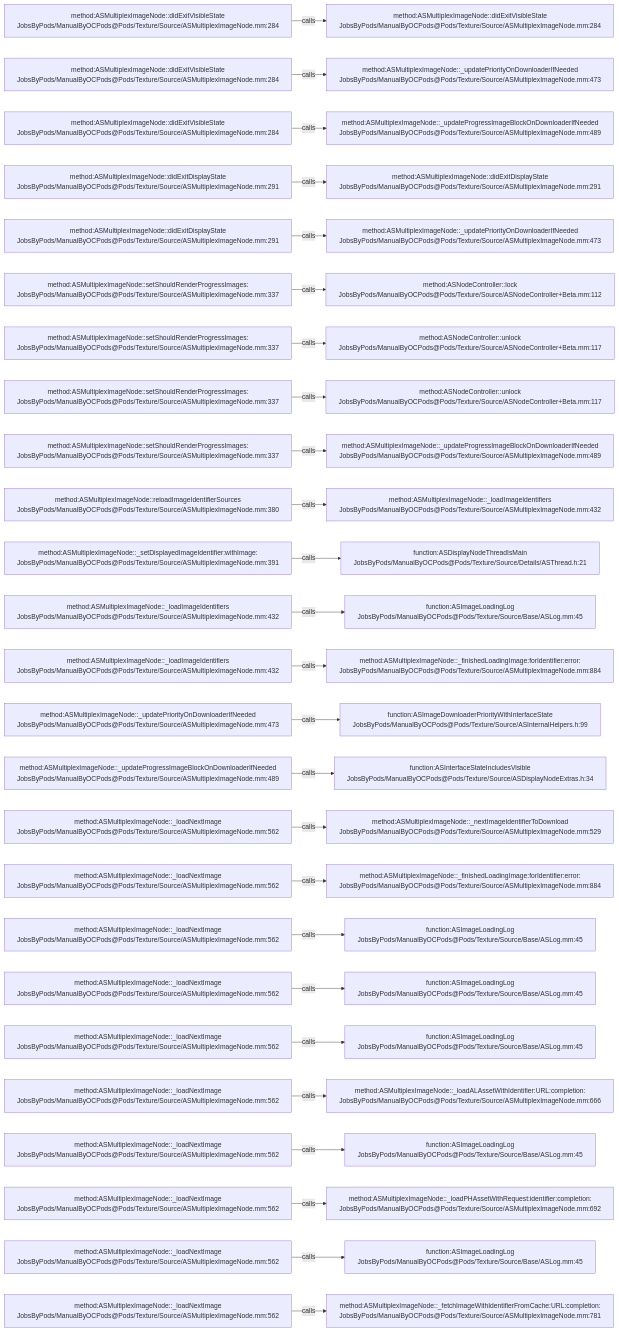
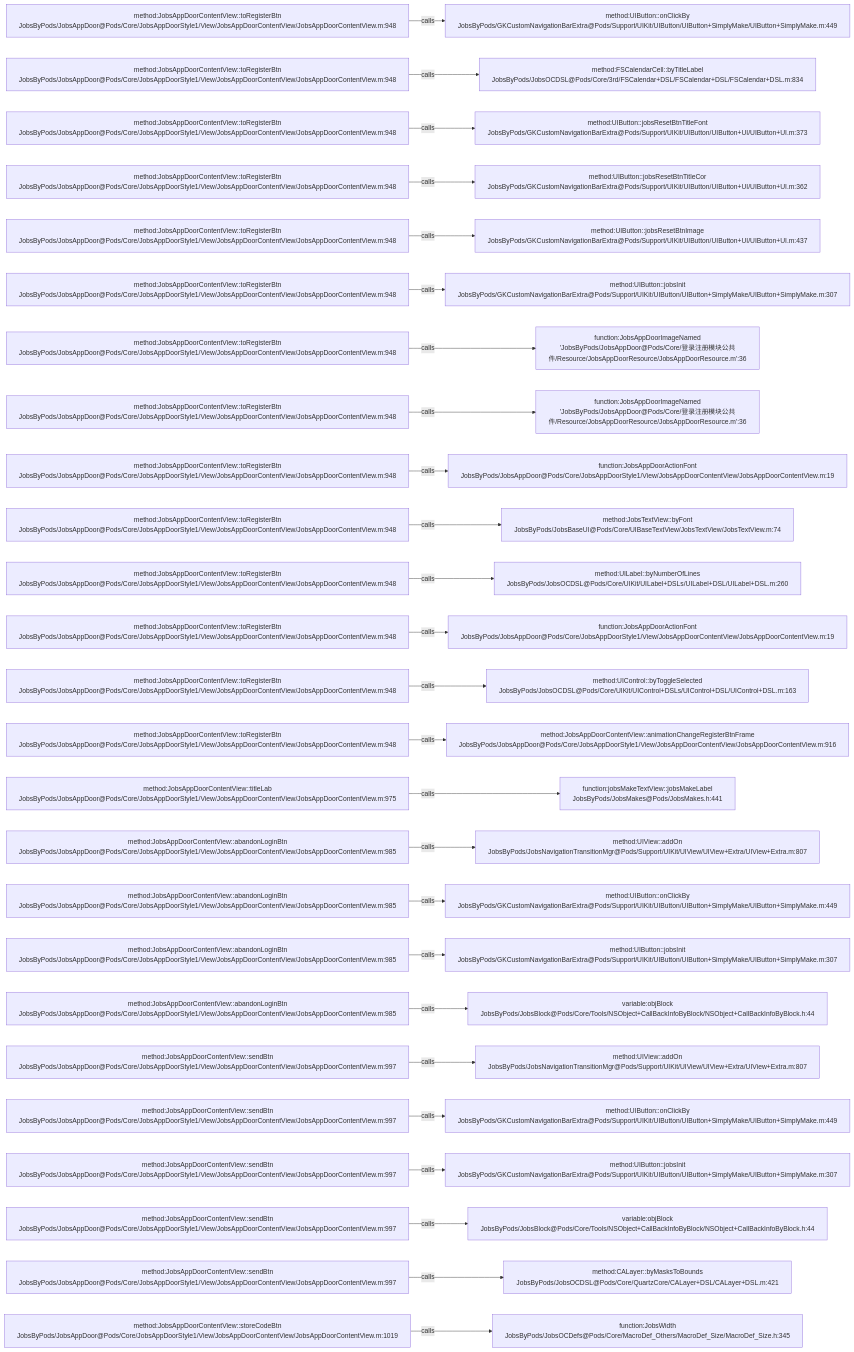
One commit to JobsKits/JobsOCBaseConfigDemo changed the diagram in .codegraph/codegraph.md/graphs/calls-100.md. Above: the diagram before and after it, drawn with Mermaid. The commit also changed 768 other files, not shown here.

````diff
--- a/.codegraph/codegraph.md/graphs/calls-100.md
+++ b/.codegraph/codegraph.md/graphs/calls-100.md
@@ -13,78 +13,78 @@
 ```mermaid
 flowchart LR
-  S1["method:ASMultiplexImageNode::didExitVisibleState<br/>JobsByPods/ManualByOCPods@Pods/Texture/Source/ASMultiplexImageNode.mm:284"]
-  T1["method:ASMultiplexImageNode::didExitVisibleState<br/>JobsByPods/ManualByOCPods@Pods/Texture/Source/ASMultiplexImageNode.mm:284"]
+  S1["method:JobsAppDoorContentView::toRegisterBtn<br/>JobsByPods/JobsAppDoor@Pods/Core/JobsAppDoorStyle1/View/JobsAppDoorContentView/JobsAppDoorContentView.m:948"]
+  T1["method:UIButton::onClickBy<br/>JobsByPods/GKCustomNavigationBarExtra@Pods/Support/UIKit/UIButton/UIButton+SimplyMake/UIButton+SimplyMake.m:449"]
   S1 -->|calls| T1
-  S2["method:ASMultiplexImageNode::didExitVisibleState<br/>JobsByPods/ManualByOCPods@Pods/Texture/Source/ASMultiplexImageNode.mm:284"]
-  T2["method:ASMultiplexImageNode::_updatePriorityOnDownloaderIfNeeded<br/>JobsByPods/ManualByOCPods@Pods/Texture/Source/ASMultiplexImageNode.mm:473"]
+  S2["method:JobsAppDoorContentView::toRegisterBtn<br/>JobsByPods/JobsAppDoor@Pods/Core/JobsAppDoorStyle1/View/JobsAppDoorContentView/JobsAppDoorContentView.m:948"]
+  T2["method:FSCalendarCell::byTitleLabel<br/>JobsByPods/JobsOCDSL@Pods/Core/3rd/FSCalendar+DSL/FSCalendar+DSL/FSCalendar+DSL.m:834"]
   S2 -->|calls| T2
-  S3["method:ASMultiplexImageNode::didExitVisibleState<br/>JobsByPods/ManualByOCPods@Pods/Texture/Source/ASMultiplexImageNode.mm:284"]
-  T3["method:ASMultiplexImageNode::_updateProgressImageBlockOnDownloaderIfNeeded<br/>JobsByPods/ManualByOCPods@Pods/Texture/Source/ASMultiplexImageNode.mm:489"]
+  S3["method:JobsAppDoorContentView::toRegisterBtn<br/>JobsByPods/JobsAppDoor@Pods/Core/JobsAppDoorStyle1/View/JobsAppDoorContentView/JobsAppDoorContentView.m:948"]
+  T3["method:UIButton::jobsResetBtnTitleFont<br/>JobsByPods/GKCustomNavigationBarExtra@Pods/Support/UIKit/UIButton/UIButton+UI/UIButton+UI.m:373"]
   S3 -->|calls| T3
-  S4["method:ASMultiplexImageNode::didExitDisplayState<br/>JobsByPods/ManualByOCPods@Pods/Texture/Source/ASMultiplexImageNode.mm:291"]
-  T4["method:ASMultiplexImageNode::didExitDisplayState<br/>JobsByPods/ManualByOCPods@Pods/Texture/Source/ASMultiplexImageNode.mm:291"]
+  S4["method:JobsAppDoorContentView::toRegisterBtn<br/>JobsByPods/JobsAppDoor@Pods/Core/JobsAppDoorStyle1/View/JobsAppDoorContentView/JobsAppDoorContentView.m:948"]
+  T4["method:UIButton::jobsResetBtnTitleCor<br/>JobsByPods/GKCustomNavigationBarExtra@Pods/Support/UIKit/UIButton/UIButton+UI/UIButton+UI.m:362"]
   S4 -->|calls| T4
-  S5["method:ASMultiplexImageNode::didExitDisplayState<br/>JobsByPods/ManualByOCPods@Pods/Texture/Source/ASMultiplexImageNode.mm:291"]
-  T5["method:ASMultiplexImageNode::_updatePriorityOnDownloaderIfNeeded<br/>JobsByPods/ManualByOCPods@Pods/Texture/Source/ASMultiplexImageNode.mm:473"]
+  S5["method:JobsAppDoorContentView::toRegisterBtn<br/>JobsByPods/JobsAppDoor@Pods/Core/JobsAppDoorStyle1/View/JobsAppDoorContentView/JobsAppDoorContentView.m:948"]
+  T5["method:UIButton::jobsResetBtnImage<br/>JobsByPods/GKCustomNavigationBarExtra@Pods/Support/UIKit/UIButton/UIButton+UI/UIButton+UI.m:437"]
   S5 -->|calls| T5
-  S6["method:ASMultiplexImageNode::setShouldRenderProgressImages:<br/>JobsByPods/ManualByOCPods@Pods/Texture/Source/ASMultiplexImageNode.mm:337"]
-  T6["method:ASNodeController::lock<br/>JobsByPods/ManualByOCPods@Pods/Texture/Source/ASNodeController+Beta.mm:112"]
+  S6["method:JobsAppDoorContentView::toRegisterBtn<br/>JobsByPods/JobsAppDoor@Pods/Core/JobsAppDoorStyle1/View/JobsAppDoorContentView/JobsAppDoorContentView.m:948"]
+  T6["method:UIButton::jobsInit<br/>JobsByPods/GKCustomNavigationBarExtra@Pods/Support/UIKit/UIButton/UIButton+SimplyMake/UIButton+SimplyMake.m:307"]
   S6 -->|calls| T6
-  S7["method:ASMultiplexImageNode::setShouldRenderProgressImages:<br/>JobsByPods/ManualByOCPods@Pods/Texture/Source/ASMultiplexImageNode.mm:337"]
-  T7["method:ASNodeController::unlock<br/>JobsByPods/ManualByOCPods@Pods/Texture/Source/ASNodeController+Beta.mm:117"]
+  S7["method:JobsAppDoorContentView::toRegisterBtn<br/>JobsByPods/JobsAppDoor@Pods/Core/JobsAppDoorStyle1/View/JobsAppDoorContentView/JobsAppDoorContentView.m:948"]
+  T7["function:JobsAppDoorImageNamed<br/>'JobsByPods/JobsAppDoor@Pods/Core/登录注册模块公共件/Resource/JobsAppDoorResource/JobsAppDoorResource.m':36"]
   S7 -->|calls| T7
-  S8["method:ASMultiplexImageNode::setShouldRenderProgressImages:<br/>JobsByPods/ManualByOCPods@Pods/Texture/Source/ASMultiplexImageNode.mm:337"]
-  T8["method:ASNodeController::unlock<br/>JobsByPods/ManualByOCPods@Pods/Texture/Source/ASNodeController+Beta.mm:117"]
+  S8["method:JobsAppDoorContentView::toRegisterBtn<br/>JobsByPods/JobsAppDoor@Pods/Core/JobsAppDoorStyle1/View/JobsAppDoorContentView/JobsAppDoorContentView.m:948"]
+  T8["function:JobsAppDoorImageNamed<br/>'JobsByPods/JobsAppDoor@Pods/Core/登录注册模块公共件/Resource/JobsAppDoorResource/JobsAppDoorResource.m':36"]
   S8 -->|calls| T8
-  S9["method:ASMultiplexImageNode::setShouldRenderProgressImages:<br/>JobsByPods/ManualByOCPods@Pods/Texture/Source/ASMultiplexImageNode.mm:337"]
-  T9["method:ASMultiplexImageNode::_updateProgressImageBlockOnDownloaderIfNeeded<br/>JobsByPods/ManualByOCPods@Pods/Texture/Source/ASMultiplexImageNode.mm:489"]
+  S9["method:JobsAppDoorContentView::toRegisterBtn<br/>JobsByPods/JobsAppDoor@Pods/Core/JobsAppDoorStyle1/View/JobsAppDoorContentView/JobsAppDoorContentView.m:948"]
+  T9["function:JobsAppDoorActionFont<br/>JobsByPods/JobsAppDoor@Pods/Core/JobsAppDoorStyle1/View/JobsAppDoorContentView/JobsAppDoorContentView.m:19"]
   S9 -->|calls| T9
-  S10["method:ASMultiplexImageNode::reloadImageIdentifierSources<br/>JobsByPods/ManualByOCPods@Pods/Texture/Source/ASMultiplexImageNode.mm:380"]
-  T10["method:ASMultiplexImageNode::_loadImageIdentifiers<br/>JobsByPods/ManualByOCPods@Pods/Texture/Source/ASMultiplexImageNode.mm:432"]
+  S10["method:JobsAppDoorContentView::toRegisterBtn<br/>JobsByPods/JobsAppDoor@Pods/Core/JobsAppDoorStyle1/View/JobsAppDoorContentView/JobsAppDoorContentView.m:948"]
+  T10["method:JobsTextView::byFont<br/>JobsByPods/JobsBaseUI@Pods/Core/UIBaseTextView/JobsTextView/JobsTextView.m:74"]
   S10 -->|calls| T10
-  S11["method:ASMultiplexImageNode::_setDisplayedImageIdentifier:withImage:<br/>JobsByPods/ManualByOCPods@Pods/Texture/Source/ASMultiplexImageNode.mm:391"]
-  T11["function:ASDisplayNodeThreadIsMain<br/>JobsByPods/ManualByOCPods@Pods/Texture/Source/Details/ASThread.h:21"]
+  S11["method:JobsAppDoorContentView::toRegisterBtn<br/>JobsByPods/JobsAppDoor@Pods/Core/JobsAppDoorStyle1/View/JobsAppDoorContentView/JobsAppDoorContentView.m:948"]
+  T11["method:UILabel::byNumberOfLines<br/>JobsByPods/JobsOCDSL@Pods/Core/UIKit/UILabel+DSLs/UILabel+DSL/UILabel+DSL.m:260"]
   S11 -->|calls| T11
-  S12["method:ASMultiplexImageNode::_loadImageIdentifiers<br/>JobsByPods/ManualByOCPods@Pods/Texture/Source/ASMultiplexImageNode.mm:432"]
-  T12["function:ASImageLoadingLog<br/>JobsByPods/ManualByOCPods@Pods/Texture/Source/Base/ASLog.mm:45"]
+  S12["method:JobsAppDoorContentView::toRegisterBtn<br/>JobsByPods/JobsAppDoor@Pods/Core/JobsAppDoorStyle1/View/JobsAppDoorContentView/JobsAppDoorContentView.m:948"]
+  T12["function:JobsAppDoorActionFont<br/>JobsByPods/JobsAppDoor@Pods/Core/JobsAppDoorStyle1/View/JobsAppDoorContentView/JobsAppDoorContentView.m:19"]
   S12 -->|calls| T12
-  S13["method:ASMultiplexImageNode::_loadImageIdentifiers<br/>JobsByPods/ManualByOCPods@Pods/Texture/Source/ASMultiplexImageNode.mm:432"]
-  T13["method:ASMultiplexImageNode::_finishedLoadingImage:forIdentifier:error:<br/>JobsByPods/ManualByOCPods@Pods/Texture/Source/ASMultiplexImageNode.mm:884"]
+  S13["method:JobsAppDoorContentView::toRegisterBtn<br/>JobsByPods/JobsAppDoor@Pods/Core/JobsAppDoorStyle1/View/JobsAppDoorContentView/JobsAppDoorContentView.m:948"]
+  T13["method:UIControl::byToggleSelected<br/>JobsByPods/JobsOCDSL@Pods/Core/UIKit/UIControl+DSLs/UIControl+DSL/UIControl+DSL.m:163"]
   S13 -->|calls| T13
-  S14["method:ASMultiplexImageNode::_updatePriorityOnDownloaderIfNeeded<br/>JobsByPods/ManualByOCPods@Pods/Texture/Source/ASMultiplexImageNode.mm:473"]
-  T14["function:ASImageDownloaderPriorityWithInterfaceState<br/>JobsByPods/ManualByOCPods@Pods/Texture/Source/ASInternalHelpers.h:99"]
+  S14["method:JobsAppDoorContentView::toRegisterBtn<br/>JobsByPods/JobsAppDoor@Pods/Core/JobsAppDoorStyle1/View/JobsAppDoorContentView/JobsAppDoorContentView.m:948"]
+  T14["method:JobsAppDoorContentView::animationChangeRegisterBtnFrame<br/>JobsByPods/JobsAppDoor@Pods/Core/JobsAppDoorStyle1/View/JobsAppDoorContentView/JobsAppDoorContentView.m:916"]
   S14 -->|calls| T14
-  S15["method:ASMultiplexImageNode::_updateProgressImageBlockOnDownloaderIfNeeded<br/>JobsByPods/ManualByOCPods@Pods/Texture/Source/ASMultiplexImageNode.mm:489"]
-  T15["function:ASInterfaceStateIncludesVisible<br/>JobsByPods/ManualByOCPods@Pods/Texture/Source/ASDisplayNodeExtras.h:34"]
+  S15["method:JobsAppDoorContentView::titleLab<br/>JobsByPods/JobsAppDoor@Pods/Core/JobsAppDoorStyle1/View/JobsAppDoorContentView/JobsAppDoorContentView.m:975"]
+  T15["function:jobsMakeTextView::jobsMakeLabel<br/>JobsByPods/JobsMakes@Pods/JobsMakes.h:441"]
   S15 -->|calls| T15
-  S16["method:ASMultiplexImageNode::_loadNextImage<br/>JobsByPods/ManualByOCPods@Pods/Texture/Source/ASMultiplexImageNode.mm:562"]
-  T16["method:ASMultiplexImageNode::_nextImageIdentifierToDownload<br/>JobsByPods/ManualByOCPods@Pods/Texture/Source/ASMultiplexImageNode.mm:529"]
+  S16["method:JobsAppDoorContentView::abandonLoginBtn<br/>JobsByPods/JobsAppDoor@Pods/Core/JobsAppDoorStyle1/View/JobsAppDoorContentView/JobsAppDoorContentView.m:985"]
+  T16["method:UIView::addOn<br/>JobsByPods/JobsNavigationTransitionMgr@Pods/Support/UIKit/UIView/UIView+Extra/UIView+Extra.m:807"]
   S16 -->|calls| T16
-  S17["method:ASMultiplexImageNode::_loadNextImage<br/>JobsByPods/ManualByOCPods@Pods/Texture/Source/ASMultiplexImageNode.mm:562"]
-  T17["method:ASMultiplexImageNode::_finishedLoadingImage:forIdentifier:error:<br/>JobsByPods/ManualByOCPods@Pods/Texture/Source/ASMultiplexImageNode.mm:884"]
+  S17["method:JobsAppDoorContentView::abandonLoginBtn<br/>JobsByPods/JobsAppDoor@Pods/Core/JobsAppDoorStyle1/View/JobsAppDoorContentView/JobsAppDoorContentView.m:985"]
+  T17["method:UIButton::onClickBy<br/>JobsByPods/GKCustomNavigationBarExtra@Pods/Support/UIKit/UIButton/UIButton+SimplyMake/UIButton+SimplyMake.m:449"]
   S17 -->|calls| T17
-  S18["method:ASMultiplexImageNode::_loadNextImage<br/>JobsByPods/ManualByOCPods@Pods/Texture/Source/ASMultiplexImageNode.mm:562"]
-  T18["function:ASImageLoadingLog<br/>JobsByPods/ManualByOCPods@Pods/Texture/Source/Base/ASLog.mm:45"]
+  S18["method:JobsAppDoorContentView::abandonLoginBtn<br/>JobsByPods/JobsAppDoor@Pods/Core/JobsAppDoorStyle1/View/JobsAppDoorContentView/JobsAppDoorContentView.m:985"]
+  T18["method:UIButton::jobsInit<br/>JobsByPods/GKCustomNavigationBarExtra@Pods/Support/UIKit/UIButton/UIButton+SimplyMake/UIButton+SimplyMake.m:307"]
   S18 -->|calls| T18
-  S19["method:ASMultiplexImageNode::_loadNextImage<br/>JobsByPods/ManualByOCPods@Pods/Texture/Source/ASMultiplexImageNode.mm:562"]
-  T19["function:ASImageLoadingLog<br/>JobsByPods/ManualByOCPods@Pods/Texture/Source/Base/ASLog.mm:45"]
+  S19["method:JobsAppDoorContentView::abandonLoginBtn<br/>JobsByPods/JobsAppDoor@Pods/Core/JobsAppDoorStyle1/View/JobsAppDoorContentView/JobsAppDoorContentView.m:985"]
+  T19["variable:objBlock<br/>JobsByPods/JobsBlock@Pods/Core/Tools/NSObject+CallBackInfoByBlock/NSObject+CallBackInfoByBlock.h:44"]
   S19 -->|calls| T19
-  S20["method:ASMultiplexImageNode::_loadNextImage<br/>JobsByPods/ManualByOCPods@Pods/Texture/Source/ASMultiplexImageNode.mm:562"]
-  T20["function:ASImageLoadingLog<br/>JobsByPods/ManualByOCPods@Pods/Texture/Source/Base/ASLog.mm:45"]
+  S20["method:JobsAppDoorContentView::sendBtn<br/>JobsByPods/JobsAppDoor@Pods/Core/JobsAppDoorStyle1/View/JobsAppDoorContentView/JobsAppDoorContentView.m:997"]
+  T20["method:UIView::addOn<br/>JobsByPods/JobsNavigationTransitionMgr@Pods/Support/UIKit/UIView/UIView+Extra/UIView+Extra.m:807"]
   S20 -->|calls| T20
-  S21["method:ASMultiplexImageNode::_loadNextImage<br/>JobsByPods/ManualByOCPods@Pods/Texture/Source/ASMultiplexImageNode.mm:562"]
-  T21["method:ASMultiplexImageNode::_loadALAssetWithIdentifier:URL:completion:<br/>JobsByPods/ManualByOCPods@Pods/Texture/Source/ASMultiplexImageNode.mm:666"]
+  S21["method:JobsAppDoorContentView::sendBtn<br/>JobsByPods/JobsAppDoor@Pods/Core/JobsAppDoorStyle1/View/JobsAppDoorContentView/JobsAppDoorContentView.m:997"]
+  T21["method:UIButton::onClickBy<br/>JobsByPods/GKCustomNavigationBarExtra@Pods/Support/UIKit/UIButton/UIButton+SimplyMake/UIButton+SimplyMake.m:449"]
   S21 -->|calls| T21
-  S22["method:ASMultiplexImageNode::_loadNextImage<br/>JobsByPods/ManualByOCPods@Pods/Texture/Source/ASMultiplexImageNode.mm:562"]
-  T22["function:ASImageLoadingLog<br/>JobsByPods/ManualByOCPods@Pods/Texture/Source/Base/ASLog.mm:45"]
+  S22["method:JobsAppDoorContentView::sendBtn<br/>JobsByPods/JobsAppDoor@Pods/Core/JobsAppDoorStyle1/View/JobsAppDoorContentView/JobsAppDoorContentView.m:997"]
+  T22["method:UIButton::jobsInit<br/>JobsByPods/GKCustomNavigationBarExtra@Pods/Support/UIKit/UIButton/UIButton+SimplyMake/UIButton+SimplyMake.m:307"]
   S22 -->|calls| T22
-  S23["method:ASMultiplexImageNode::_loadNextImage<br/>JobsByPods/ManualByOCPods@Pods/Texture/Source/ASMultiplexImageNode.mm:562"]
-  T23["method:ASMultiplexImageNode::_loadPHAssetWithRequest:identifier:completion:<br/>JobsByPods/ManualByOCPods@Pods/Texture/Source/ASMultiplexImageNode.mm:692"]
+  S23["method:JobsAppDoorContentView::sendBtn<br/>JobsByPods/JobsAppDoor@Pods/Core/JobsAppDoorStyle1/View/JobsAppDoorContentView/JobsAppDoorContentView.m:997"]
+  T23["variable:objBlock<br/>JobsByPods/JobsBlock@Pods/Core/Tools/NSObject+CallBackInfoByBlock/NSObject+CallBackInfoByBlock.h:44"]
   S23 -->|calls| T23
-  S24["method:ASMultiplexImageNode::_loadNextImage<br/>JobsByPods/ManualByOCPods@Pods/Texture/Source/ASMultiplexImageNode.mm:562"]
-  T24["function:ASImageLoadingLog<br/>JobsByPods/ManualByOCPods@Pods/Texture/Source/Base/ASLog.mm:45"]
+  S24["method:JobsAppDoorContentView::sendBtn<br/>JobsByPods/JobsAppDoor@Pods/Core/JobsAppDoorStyle1/View/JobsAppDoorContentView/JobsAppDoorContentView.m:997"]
+  T24["method:CALayer::byMasksToBounds<br/>JobsByPods/JobsOCDSL@Pods/Core/QuartzCore/CALayer+DSL/CALayer+DSL.m:421"]
   S24 -->|calls| T24
-  S25["method:ASMultiplexImageNode::_loadNextImage<br/>JobsByPods/ManualByOCPods@Pods/Texture/Source/ASMultiplexImageNode.mm:562"]
-  T25["method:ASMultiplexImageNode::_fetchImageWithIdentifierFromCache:URL:completion:<br/>JobsByPods/ManualByOCPods@Pods/Texture/Source/ASMultiplexImageNode.mm:781"]
+  S25["method:JobsAppDoorContentView::storeCodeBtn<br/>JobsByPods/JobsAppDoor@Pods/Core/JobsAppDoorStyle1/View/JobsAppDoorContentView/JobsAppDoorContentView.m:1019"]
+  T25["function:JobsWidth<br/>JobsByPods/JobsOCDefs@Pods/Core/MacroDef_Others/MacroDef_Size/MacroDef_Size.h:345"]
   S25 -->|calls| T25
 ```
````
